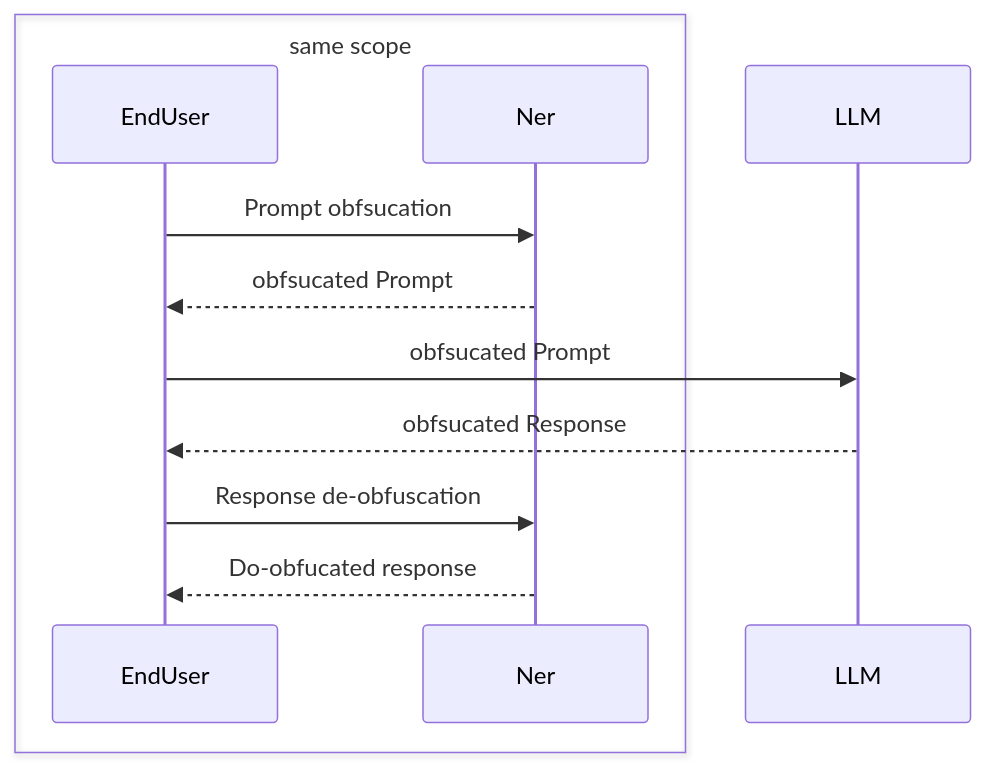
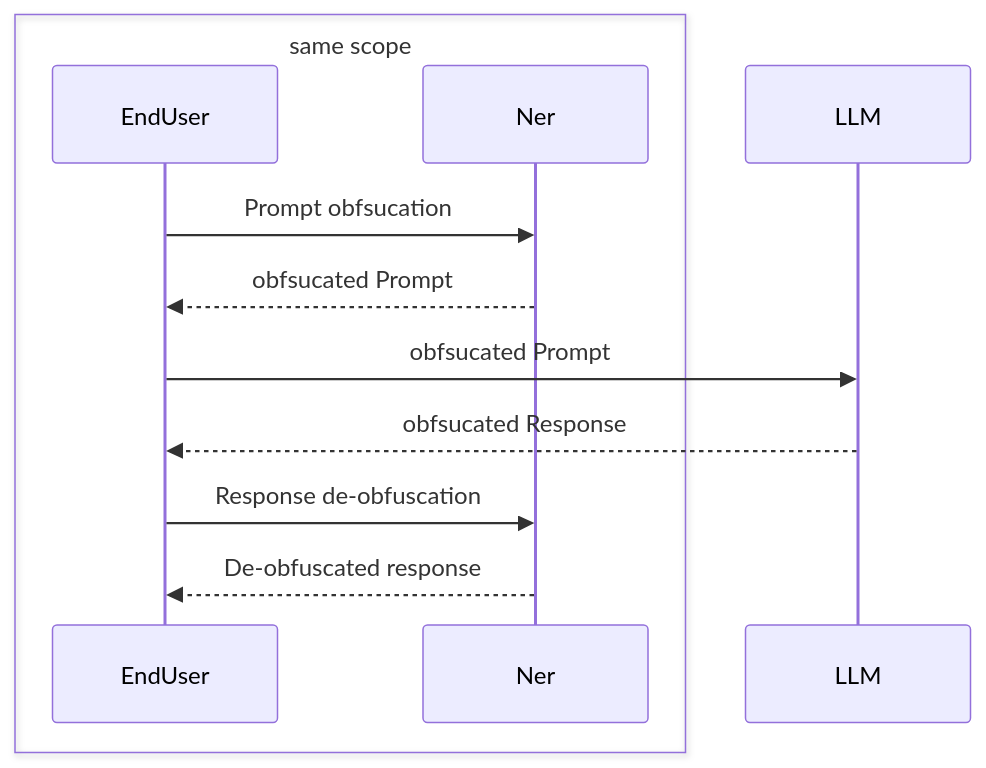
Before and after one commit to d-plaindoux/ai-edge-computing: the first of 2 diagrams in prepa/didier-version.md, drawn with Mermaid.

````diff
--- a/prepa/didier-version.md
+++ b/prepa/didier-version.md
@@ -54,15 +54,15 @@
 ```mermaid
 sequenceDiagram
     box same scope
     participant EndUser
     participant Ner
     end
     participant LLM
 
     EndUser ->> Ner: Prompt obfsucation
     Ner -->> EndUser: obfsucated Prompt
     EndUser ->> LLM: obfsucated Prompt
     LLM -->> EndUser: obfsucated Response
     EndUser ->> Ner: Response de-obfuscation
-    Ner -->> EndUser: Do-obfucated response
+    Ner -->> EndUser: De-obfuscated response
 ```
````
